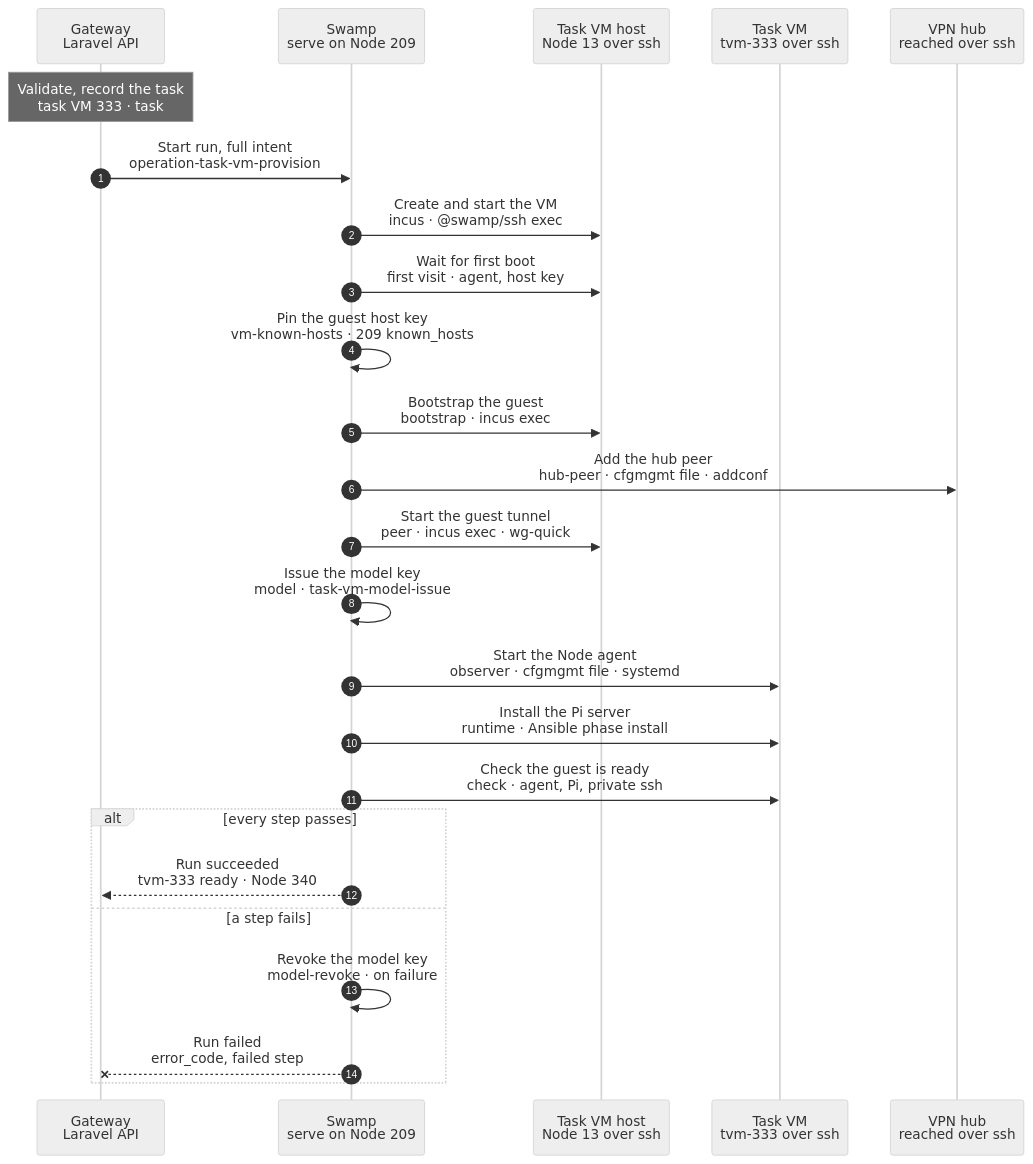
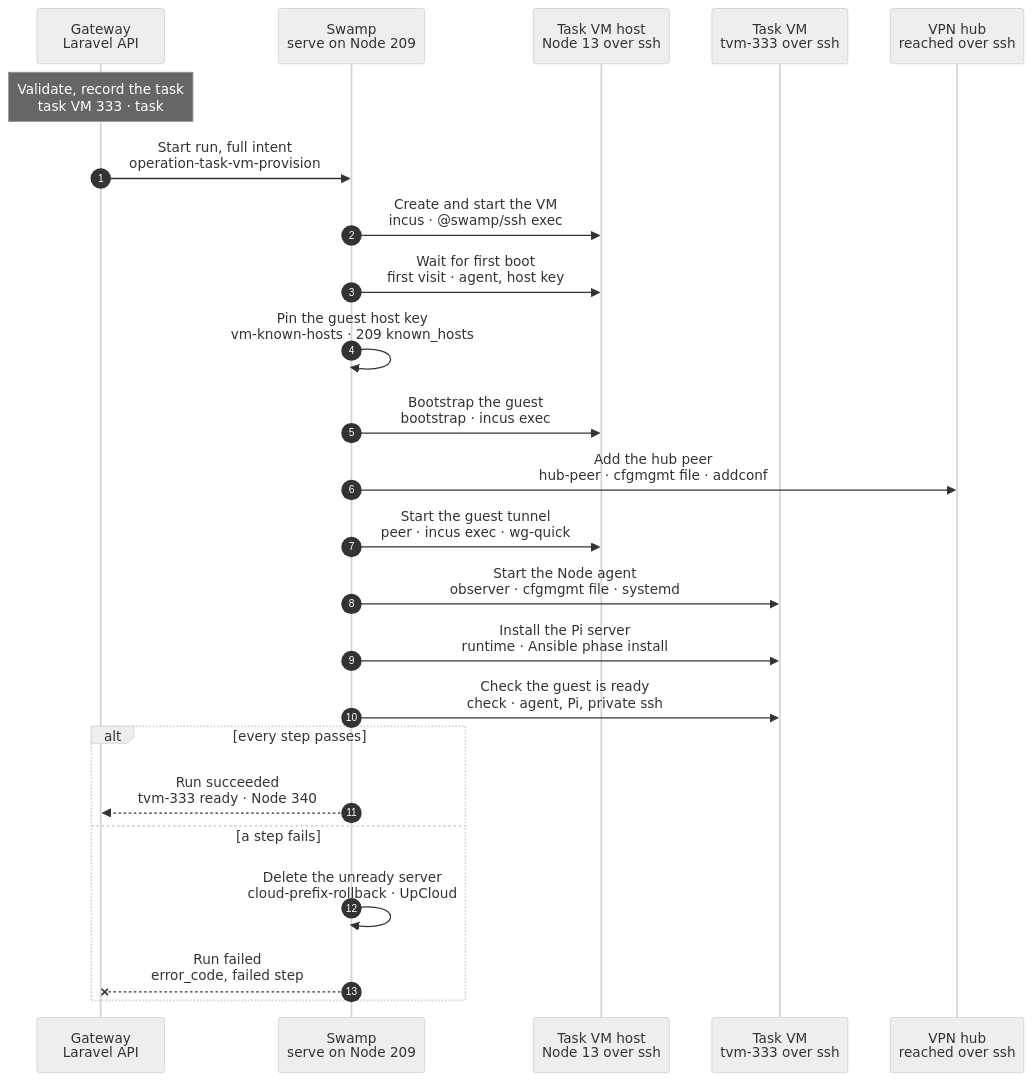
Before and after one commit to hardimpactdev/orbit: the diagram in docs/cli/tasks/vm-provision.mmd, drawn with Mermaid (neutral theme). The commit also changed 104 other files, not shown here.

```diff
--- a/docs/cli/tasks/vm-provision.mmd
+++ b/docs/cli/tasks/vm-provision.mmd
@@ -1,132 +1,124 @@
 sequenceDiagram
-  %% Target design: swamp/workflows/workflow-operation-task-vm-provision.yaml (+ task-vm-provision, provider-incus, incus-first-visit, enrollment, ssh-prepare, model-issue, runtime children), docs/reference/compute-drivers.md, docs/reference/task-vm-native-provision.md, docs/reference/tasks.md, DECISIONS R1-R4.
+  %% Target design: swamp/workflows/workflow-operation-task-vm-provision.yaml (+ task-vm-provision, provider-incus, incus-first-visit, enrollment, ssh-prepare, runtime children), docs/reference/compute-drivers.md, docs/reference/task-vm-native-provision.md, docs/reference/tasks.md, DECISIONS R1-R4.
   %% Tightened: flow-tighten 2026-11-02, rules 1, 2, 3, 6, 9, 14, 15, 16, 18, 19, 20, 22 (provider, first boot, bootstrap and peer steps merged; no input-check, decode or report steps; cfgmgmt on the pinned guest; one end check).
   %% status: draft
   %% command: none · task VM claim for a task group
   %% kind: task_vm.provision
   autonumber
   %% lane GW icon=gateway pill=intent tone=blue
   %% lane SW icon=workflow pill=executes tone=green
   %% lane H icon=server pill=target tone=amber
   %% lane VM icon=server pill=target tone=purple
   %% lane HUB icon=server pill=target tone=purple
   participant GW as Gateway<br/>Laravel API
   participant SW as Swamp<br/>serve on Node 209
   participant H as Task VM host<br/>Node 13 over ssh
   participant VM as Task VM<br/>tvm-333 over ssh
   participant HUB as VPN hub<br/>reached over ssh
   Note over GW: Validate, record the task<br/>task VM 333 · task #5181 · Node 13
   %%> Started by:
   %%> - `AllocateTaskVmAction`, when a task group claims a VM; there is no CLI command
   %%> - an owning Task parent captures the same intent and runs these steps in its own run
   %%> Requirements:
   %%> - task VM 333 is `provisioning`, with its Placement on Node 13 and the promoted recipe image
   %%> - no other task holds `task_vm:333`; a repeated admission returns the same open task
   %%> Result:
-  %%> - task #5181 records the full intent: provider, host, image, size, guest Node 340, hub peer file, observer files, Pi Process and model key record
-  %%> - vault copies for the model key, Pi token, Pi models and provider bootstrap; the intent holds only their vault key names
+  %%> - task #5181 records the full intent: provider, host, image, size, guest Node 340, hub peer file, observer files, Pi Process record
+  %%> - vault copies for the Pi token, the Pi models file (the guard origin and the fixed model key) and provider bootstrap; the intent holds only their vault key names
   GW->>SW: Start run, full intent<br/>operation-task-vm-provision
   %%> What it does:
   %%> - starts one Swamp run on serve (Node 209)
   %%> Inputs:
   %%> - `operation_id`, `node_id`, `kind`, the intent and `execution_secrets` as vault key names
   %%> - the input schema validates the intent; no `eligible` assert or `provider-plan` decode step re-checks it
   SW->>H: Create and start the VM<br/>incus · @swamp/ssh exec
   %%> What it does:
   %%> - one `incus launch` argv on Node 13 creates and starts `tvm-333` from the admitted image, with its metadata and the read-only package cache
   %%> - a `guard` skips it when `tvm-333` already runs the admitted image, so a resumed run allocates no second VM
   %%> - a topology group clones its seed volume in the same step
   %%> Decided by the orchestrator, for Nick's review (2026-11-06): `raw.qemu.conf` skips OVMF's 3 s boot menu wait (`[boot-opts]` menu on, splash-time 0); 10.3 s to 7.2 s to the agent, measured. `efibootmgr -t 0` in the image does not hold; older slots keep the wait
   %%> Per provider:
   %%> - UpCloud overflow: the `cloud` step creates the labelled server through the API from 209, with the token from the vault
   %%> Replaces:
   %%> - `observe-vm`, `plan`, `observe-seed`, `seed-plan`, `clone-seed`, `seed-ready`, `initialize-vm`, `read-metadata`, `metadata`, `write-metadata`, `start-vm`, `inspect-created-vm` and `provider`
   SW->>H: Wait for first boot<br/>first visit · agent, host key
   %%> What it does:
   %%> - one bounded argv: `incus wait tvm-333 agent --timeout 120`, then `cloud-init status --wait`, then prints the guest's public SSH host key
   %%> Decided by the orchestrator, for Nick's review (2026-11-06): the first wait is `incus wait tvm-333 agent --timeout 120`, as the slot start does: `cloud-init status --wait` runs through `incus exec`, which fails at once while the VM agent is not running (enrol 12264)
   %%> Why:
   %%> - the provider observation is the trusted source of the guest's host key
   %%> Replaces:
   %%> - `guest-available`, `cloud-init`, `guest-key` and the `guest` decode step
   SW->>SW: Pin the guest host key<br/>vm-known-hosts · 209 known_hosts
   %%> What it does:
   %%> - replaces any entry for the guest's address in the 209 worker's `known_hosts` with the observed key
   %%> Why:
   %%> - official cfgmgmt takes no pinned key and task VMs reuse addresses; without this, a stale entry fails every cfgmgmt step
   %%> Held open:
   %%> - a 209 shell step until cfgmgmt accepts a pinned host key
   SW->>H: Bootstrap the guest<br/>bootstrap · incus exec
   %%> What it does:
   %%> - through `incus exec` on Node 13: the managed account, 209's authorized key, passwordless sudo, sshd with TCP 22 only from 209's WireGuard address, the firewall rules that also let 209 and the Gateway reach Pi on TCP 3774, and a new WireGuard key whose public half it prints
   %%> Decided by the orchestrator, for Nick's review (2026-11-06): the same firewall step allows TCP 443 on the `orbit` interface (`orbit:task-vm-site`), and the hub's task VM filter lets 209 in on 443 (`orbit:task-vm-control-web`) beside its SSH rule, so the Cluster router and 209's TLS probe reach a routed workspace; Pi and SSH stay limited to 209 and the Gateway, so the Node's full WireGuard member trust is not applied
   %%> - each phase is one argv the Gateway rendered; no step reads bootstrap assets
   %%> Replaces:
   %%> - the five `bootstrap-*` exec and `-assets` pairs, `peer-key-command`, `peer-key` and the `ssh-prepare` child
   %%> - `package`: the recipe image ships `openssh-server` (rule 2)
   SW->>HUB: Add the hub peer<br/>hub-peer · cfgmgmt file · addconf
   %%> What it does:
   %%> - `@swamp/cfgmgmt/file` writes `orbit-peers.d/340.conf` on the hub, then `wg addconf orbit` loads only that peer
   %%> Why:
   %%> - no other peer changes, so overlapping enrollments never drop each other
   SW->>H: Start the guest tunnel<br/>peer · incus exec · wg-quick
   %%> What it does:
   %%> - writes the guest's `orbit.conf` and DNS marker, then `systemctl enable --now wg-quick@orbit`
   %%> - from here Swamp reaches tvm-333 directly over WireGuard
   %%> Replaces:
   %%> - `peer-publish-command`, `peer-enable`, `peer-start` and `peer-dns-command`
-  SW->>SW: Issue the model key<br/>model · task-vm-model-issue
-  %%> What it does:
-  %%> - adds VM 333's model key on the model router from 209 and confirms the anchor key stays
-  %%> - two Ansible phases on 209, `anchor` and `issue`: HTTPS calls to the router, no script
-  %%> When:
-  %%> - in parallel from the start of the run; it touches no guest (rule 18)
-  %%> Held open:
-  %%> - one 209 script until an official HTTP behavior covers the router API; seven steps become one
   SW->>VM: Start the Node agent<br/>observer · cfgmgmt file · systemd
   %%> What it does:
   %%> - `@swamp/cfgmgmt/file` writes the agent identity, `config.toml` and `ca.pem`; `@swamp/cfgmgmt/systemd` installs and starts `orbit-agent`
   %%> - today the steps are `observer-group` (one `groupadd -f --system orbit-env` argv, since the unit names that group) and `observer-unit`
   %%> - `observer-identity-create` makes the secret with `openssl rand -hex`, and `observer-identity-trim` cuts the file to its 64 characters, because the agent trims the file and the Gateway checks `sha256` of the trimmed value; `observer-identity` records that digest
   %%> - the Gateway makes the agent secret at admission, as for `node:add`, and keeps its hash; `observer-identity-create` writes the vault copy `agent-secret-node-<id>` on stdin of one `install` (0600, no newline), and `observer-identity` proves the file hashes to that value
   %%> - runs beside the Pi install
   %%> Replaces:
   %%> - `observer-identity`, `observer-configuration`, `observer-ca`, `observer-unit`, `observer-reload` and `observer-start` (inline Python writes)
   SW->>VM: Install the Pi server<br/>runtime · Ansible phase install
   %%> What it does:
   %%> - fetches the pinned Pi build to 209 and checks its digest there
   %%> - Ansible phase `install`, over SSH with the pinned guest host key: copies the build (its digest is checked on the staged file first), writes the Orbit root (under the image's name `orbit-root.crt` and the fleet's `orbit-managed-root-ca.crt`), the Pi models and the Pi token (0600, from `vault.get` through the environment, `no_log`), installs the unit, and restarts `pi-server` when a file changed
   %%> Decided by the orchestrator, for Nick's review (2026-11-06): the fleet's name is the file a Route writes; with it in place, the first Route on the VM keeps the CA store (op 12259 rebuilt it in 2.3 s).
   %%> Decided by the orchestrator, for Nick's review (2026-11-06): the phase also creates the app-dev runtime folders and tmpfiles file (`AppDevRuntimeFootprint`, the same list the app-dev role add applies), because the VM records the app-dev role and a served workspace site writes its hibernation log to `/data/caddy/orbit/hibernation`; a ready slot gets them at its enrol, and slots enrolled before are replaced through the pool (its setting cleared, then set again)
   %%> - Ansible phase `check`: the service is active and `/capabilities` answers 200 to the bearer
   %%> - the run folder, with the staged build, is removed in a last job
   %%> - not `@swamp/cfgmgmt`: it cannot pin a host key toward a task VM
   %%> Replaces:
   %%> - the eleven `task-vm-runtime` guest steps; its `result` step stays, because enrollment reads it
   SW->>VM: Check the guest is ready<br/>check · agent, Pi, private ssh
   %%> What it does:
   %%> - one pinned exec over WireGuard collects `orbit-agent` and `pi-server` state and the Pi capabilities on the bind address; Swamp's `assert` checks them
   %%> Replaces:
   %%> - `verify`, `Check the Pi service`, `Probe the Pi server`, `receipt`, both `result` steps and the root `result` print (rules 9, 14)
   alt every step passes
     SW-->>GW: Run succeeded<br/>tvm-333 ready · Node 340
     %%> How the Gateway learns it:
     %%> - its run reader sees the terminal event and reads the `check` step's outputs
     %%> Result:
     %%> - records the guest host key with `RecordNodeSshHostKeyAction`, the WireGuard key, observer identity and the `pi-server` Process
     %%> - task VM 333 is `ready`; task #5181 succeeds
   else a step fails
-    SW->>SW: Revoke the model key<br/>model-revoke · on failure
+    SW->>SW: Delete the unready server<br/>cloud-prefix-rollback · UpCloud
     %%> When:
     %%> - `dependsOn` the failed step with condition `failed` (rule 19)
     %%> What it does:
-    %%> - revokes any issued model key; for UpCloud, `cloud-prefix-rollback` also deletes the unready server
+    %%> - for UpCloud, deletes the unready server; there is no model key to revoke
     %%> On the Node:
     %%> - the Incus VM and a published hub peer stay for diagnosis; the next hub convergence drops the peer
     SW--xGW: Run failed<br/>error_code, failed step
     %%> Result:
     %%> - task #5181 fails; task VM 333 is `failed` with the error and keeps its cleanup intent
     %%> - the group asks for assistance; `tasks:cancel` destroys the VM
     %%> Retry:
     %%> - the guards skip finished work on a resumed run
   end
```
